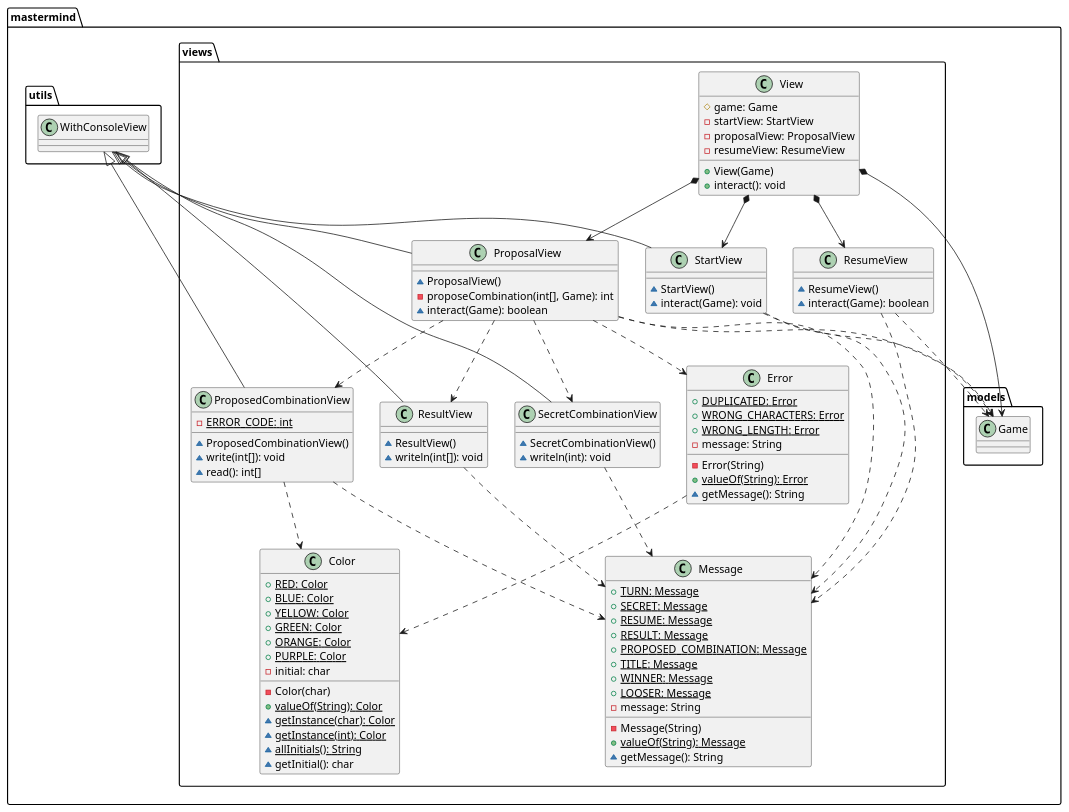
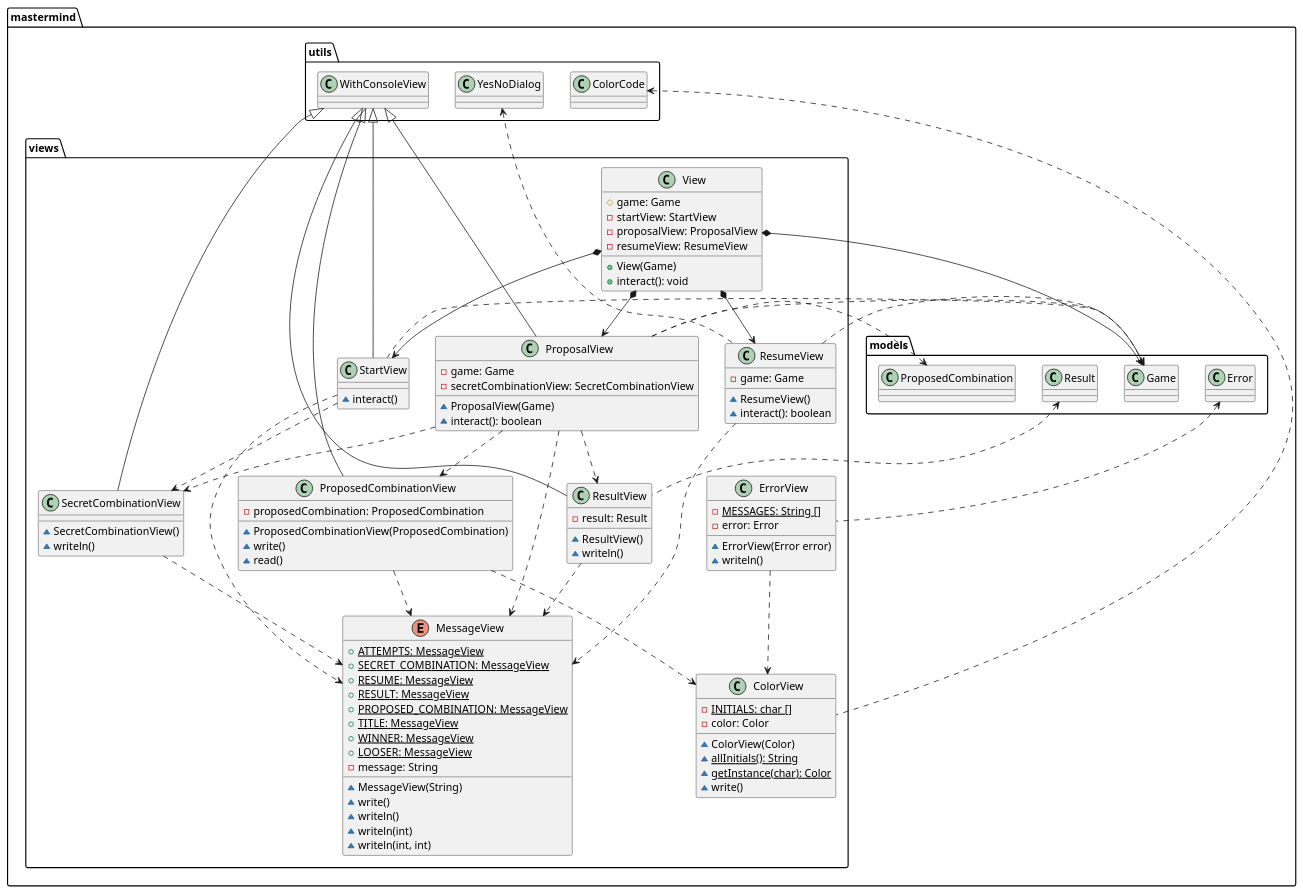
The second of 4 diagrams in documentView/console/docs/diagrams/src/paquetes.plantuml (SantaTecla-mastermind/solution.java.swing.socket.sql), drawn with PlantUML before and after one commit. The commit also changed 7 other files, not shown here.

Commit message:
Modificacion de diagramas y clase ColorCode

```diff
--- a/documentView/console/docs/diagrams/src/paquetes.plantuml
+++ b/documentView/console/docs/diagrams/src/paquetes.plantuml
@@ -13,109 +13,108 @@
 @startuml mastermind.views
-class  mastermind.views.Color{
-+ {static} RED: Color
-+ {static} BLUE: Color
-+ {static} YELLOW: Color
-+ {static} GREEN: Color
-+ {static} ORANGE: Color
-+ {static} PURPLE: Color
-- initial: char
-- Color(char)
-+ {static} valueOf(String): Color
+class  mastermind.views.ColorView{
+- {static} INITIALS: char []
+- color: Color
+~ ColorView(Color)
+~ {static} allInitials(): String
 ~ {static} getInstance(char): Color
-~ {static} getInstance(int): Color
-~ {static} allInitials(): String
-~ getInitial(): char
+~ write()
 }
+mastermind.utils.ColorCode <..down- mastermind.views.ColorView
 
-class  mastermind.views.Error{
-+ {static} DUPLICATED: Error
-+ {static} WRONG_CHARACTERS: Error
-+ {static} WRONG_LENGTH: Error
+class  mastermind.views.ErrorView{
+- {static} MESSAGES: String []
+- error: Error
+~ ErrorView(Error error)
+~ writeln()
+}
+mastermind.models.Error <..down- mastermind.views.ErrorView
+mastermind.views.ErrorView ..> mastermind.views.ColorView
+
+enum  mastermind.views.MessageView{
++ {static} ATTEMPTS: MessageView
++ {static} SECRET_COMBINATION: MessageView
++ {static} RESUME: MessageView
++ {static} RESULT: MessageView
++ {static} PROPOSED_COMBINATION: MessageView
++ {static} TITLE: MessageView
++ {static} WINNER: MessageView
++ {static} LOOSER: MessageView
 - message: String
-- Error(String)
-+ {static} valueOf(String): Error
-~ getMessage(): String
-}
-mastermind.views.Error ..> mastermind.views.Color
-
-class  mastermind.views.Message{
-+ {static} TURN: Message
-+ {static} SECRET: Message
-+ {static} RESUME: Message
-+ {static} RESULT: Message
-+ {static} PROPOSED_COMBINATION: Message
-+ {static} TITLE: Message
-+ {static} WINNER: Message
-+ {static} LOOSER: Message
-- message: String
-- Message(String)
-+ {static} valueOf(String): Message
-~ getMessage(): String
+~ MessageView(String)
+~ write()
+~ writeln()
+~ writeln(int)
+~ writeln(int, int)
 }
 
 class  mastermind.views.ProposalView{
-~ ProposalView()
-- proposeCombination(int[], Game): int
-~ interact(Game): boolean
+- game: Game
+- secretCombinationView: SecretCombinationView
+~ ProposalView(Game)
+~ interact(): boolean
 }
+mastermind.models.ProposedCombination <..down- mastermind.views.ProposalView
 mastermind.utils.WithConsoleView <|-down- mastermind.views.ProposalView
 mastermind.views.ProposalView ..> mastermind.models.Game
-mastermind.views.ProposalView ..> mastermind.views.Message
-mastermind.views.ProposalView ..> mastermind.views.Error
+mastermind.views.ProposalView ..> mastermind.views.MessageView
 mastermind.views.ProposalView ..> mastermind.views.SecretCombinationView
 mastermind.views.ProposalView ..> mastermind.views.ProposedCombinationView
 mastermind.views.ProposalView ..> mastermind.views.ResultView
 
 class  mastermind.views.ProposedCombinationView{
-- {static} ERROR_CODE: int
-~ ProposedCombinationView()
-~ write(int[]): void
-~ read(): int[]
+- proposedCombination: ProposedCombination
+~ ProposedCombinationView(ProposedCombination)
+~ write()
+~ read()
 }
 mastermind.utils.WithConsoleView <|-down- mastermind.views.ProposedCombinationView
-mastermind.views.ProposedCombinationView..> mastermind.views.Message
-mastermind.views.ProposedCombinationView..> mastermind.views.Color
+mastermind.views.ProposedCombinationView..> mastermind.views.MessageView
+mastermind.views.ProposedCombinationView..> mastermind.views.ColorView
 
 
 class  mastermind.views.ResultView{
+- result: Result
 ~ ResultView()
-~ writeln(int[]): void
+~ writeln()
 }
 mastermind.utils.WithConsoleView <|-down- mastermind.views.ResultView
-mastermind.views.ResultView..> mastermind.views.Message
+mastermind.models.Result <..down- mastermind.views.ResultView
+mastermind.views.ResultView..> mastermind.views.MessageView
 
 class  mastermind.views.ResumeView{
+- game: Game
 ~ ResumeView()
-~ interact(Game): boolean
+~ interact(): boolean
 }
 mastermind.views.ResumeView ..> mastermind.models.Game
-mastermind.views.ResumeView..> mastermind.views.Message
+mastermind.utils.YesNoDialog <..down- mastermind.views.ResumeView
+mastermind.views.ResumeView..> mastermind.views.MessageView
 
 class  mastermind.views.SecretCombinationView{
 ~ SecretCombinationView()
-~ writeln(int): void
+~ writeln()
 }
 mastermind.utils.WithConsoleView <|-down- mastermind.views.SecretCombinationView
-mastermind.views.SecretCombinationView..> mastermind.views.Message
+mastermind.views.SecretCombinationView..> mastermind.views.MessageView
 
 class  mastermind.views.StartView{
-~ StartView()
-~ interact(Game): void
+~ interact()
 }
 mastermind.utils.WithConsoleView <|-down- mastermind.views.StartView
 mastermind.views.StartView ..> mastermind.models.Game
-mastermind.views.StartView..> mastermind.views.Message
+mastermind.views.StartView..> mastermind.views.MessageView
+mastermind.views.StartView..> mastermind.views.SecretCombinationView
 
 class  mastermind.views.View{
 # game: Game
 - startView: StartView
 - proposalView: ProposalView
 - resumeView: ResumeView
 + View(Game)
 + interact(): void
 }
 mastermind.views.View *-down-> mastermind.views.ProposalView
 mastermind.views.View *-down-> mastermind.views.StartView
 mastermind.views.View *-down-> mastermind.models.Game
 mastermind.views.View *-down-> mastermind.views.ResumeView
 @enduml
```
